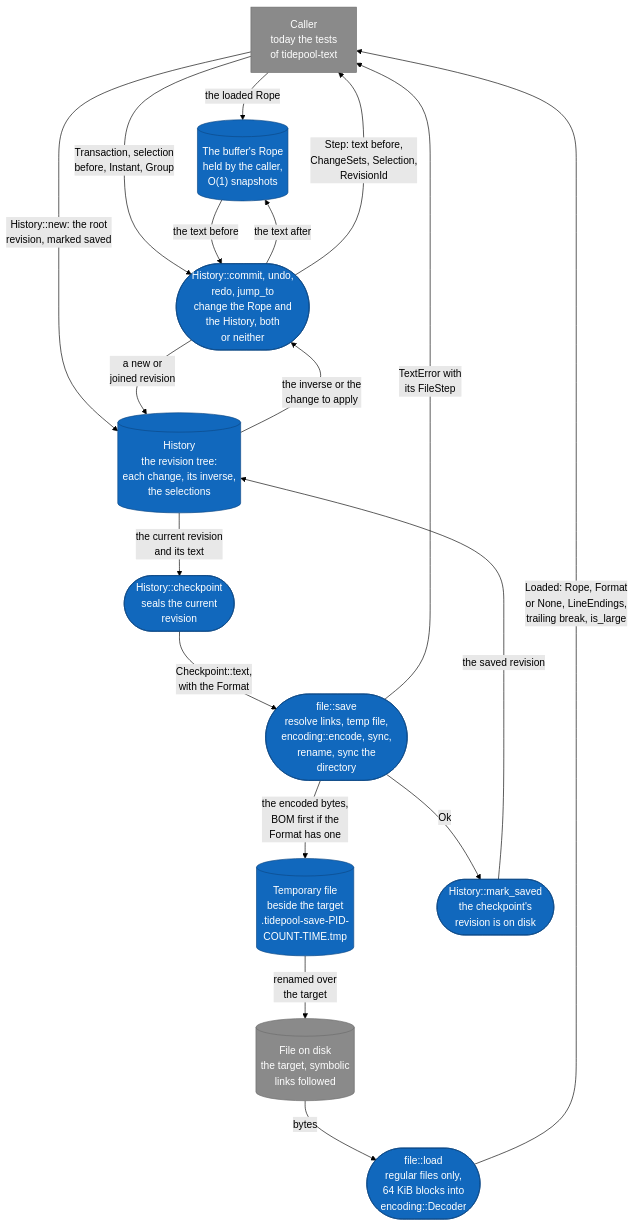
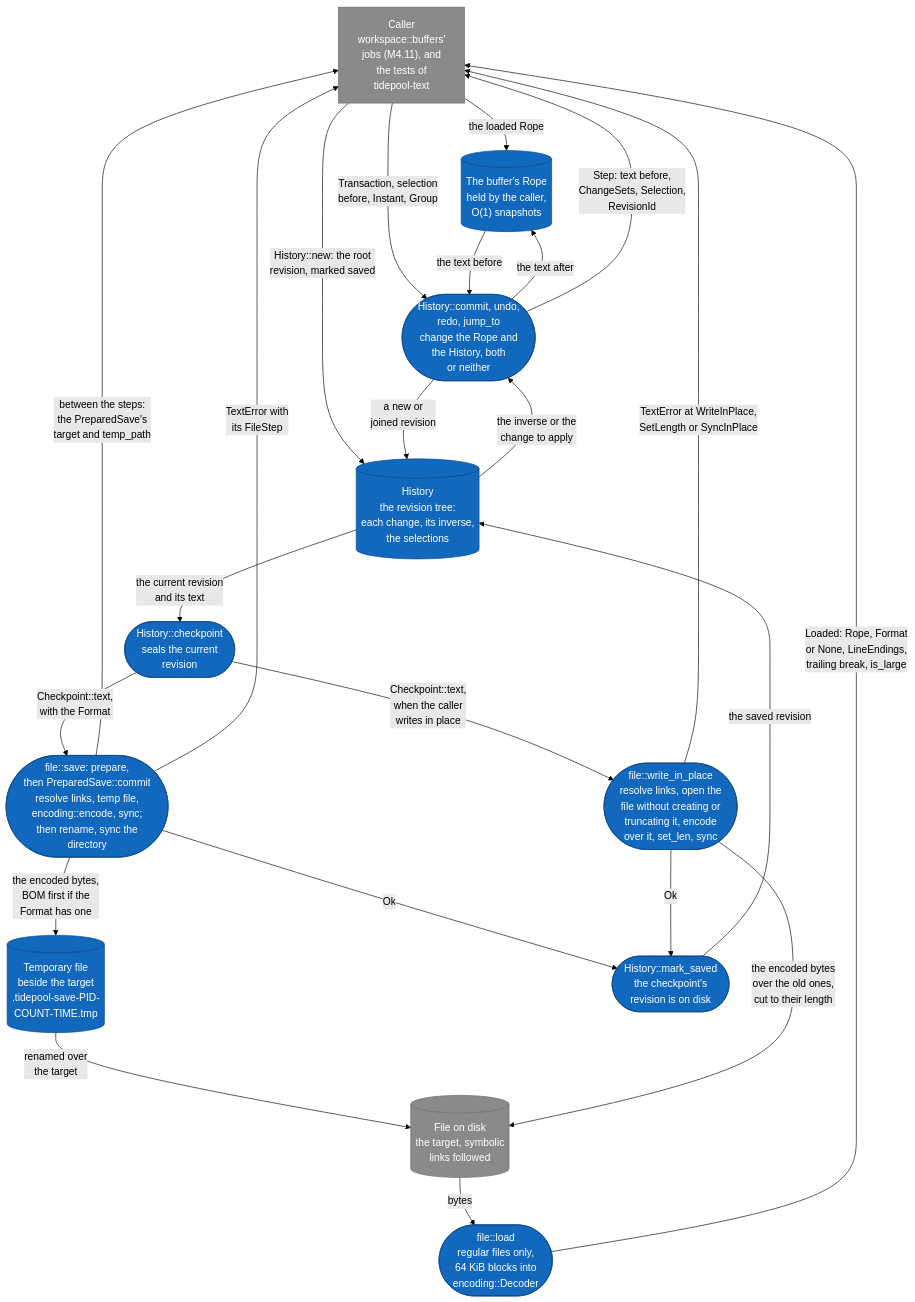
The first of 19 diagrams in diagrams/data-flow-and-state.md (jabbott-iii/Tidepool), drawn with Mermaid (forest theme) before and after one commit. The commit also changed other lines of this file and 50 other files, not shown here.

First line of the commit message:
feat(workspace,text): buffers, file tree and sessions (M4.11, ADR-0069)

````diff
--- a/diagrams/data-flow-and-state.md
+++ b/diagrams/data-flow-and-state.md
@@ -47,40 +49,46 @@
 ```mermaid
 flowchart TB
-    caller["Caller<br/>today the tests<br/>of tidepool-text"]
+    caller["Caller<br/>workspace::buffers'<br/>jobs (M4.11), and<br/>the tests of<br/>tidepool-text"]
     disk[("File on disk<br/>the target, symbolic<br/>links followed")]
     temp[("Temporary file<br/>beside the target<br/>.tidepool-save-PID-<br/>COUNT-TIME.tmp")]
     rope[("The buffer's Rope<br/>held by the caller,<br/>O(1) snapshots")]
     hist[("History<br/>the revision tree:<br/>each change, its inverse,<br/>the selections")]
     load(["file::load<br/>regular files only,<br/>64 KiB blocks into<br/>encoding::Decoder"])
     edit(["History::commit, undo,<br/>redo, jump_to<br/>change the Rope and<br/>the History, both<br/>or neither"])
     ckpt(["History::checkpoint<br/>seals the current<br/>revision"])
-    save(["file::save<br/>resolve links, temp file,<br/>encoding::encode, sync,<br/>rename, sync the<br/>directory"])
+    save(["file::save: prepare,<br/>then PreparedSave::commit<br/>resolve links, temp file,<br/>encoding::encode, sync;<br/>then rename, sync the<br/>directory"])
+    inplace(["file::write_in_place<br/>resolve links, open the<br/>file without creating or<br/>truncating it, encode<br/>over it, set_len, sync"])
     mark(["History::mark_saved<br/>the checkpoint's<br/>revision is on disk"])
 
     disk -->|"bytes"| load
     load -->|"Loaded: Rope, Format<br/>or None, LineEndings,<br/>trailing break, is_large"| caller
     caller -->|"the loaded Rope"| rope
     caller -->|"History::new: the root<br/>revision, marked saved"| hist
     caller -->|"Transaction, selection<br/>before, Instant, Group"| edit
     rope -->|"the text before"| edit
     edit -->|"the text after"| rope
     hist -->|"the inverse or the<br/>change to apply"| edit
     edit -->|"a new or<br/>joined revision"| hist
     edit -->|"Step: text before,<br/>ChangeSets, Selection,<br/>RevisionId"| caller
     hist -->|"the current revision<br/>and its text"| ckpt
     ckpt -->|"Checkpoint::text,<br/>with the Format"| save
     save -->|"the encoded bytes,<br/>BOM first if the<br/>Format has one"| temp
     temp -->|"renamed over<br/>the target"| disk
+    save -->|"between the steps:<br/>the PreparedSave's<br/>target and temp_path"| caller
     save -->|"Ok"| mark
     save -->|"TextError with<br/>its FileStep"| caller
+    ckpt -->|"Checkpoint::text,<br/>when the caller<br/>writes in place"| inplace
+    inplace -->|"the encoded bytes<br/>over the old ones,<br/>cut to their length"| disk
+    inplace -->|"Ok"| mark
+    inplace -->|"TextError at WriteInPlace,<br/>SetLength or SyncInPlace"| caller
     mark -->|"the saved revision"| hist
 
     classDef person fill:#08427b,stroke:#052e56,color:#ffffff
     classDef built fill:#1168bd,stroke:#0b4884,color:#ffffff
     classDef external fill:#8a8a8a,stroke:#6b6b6b,color:#ffffff
     classDef planned fill:#ffffff,stroke:#888888,stroke-dasharray: 5 5,color:#555555
     classDef store fill:#1168bd,stroke:#0b4884,color:#ffffff
     class caller,disk external
     class temp,rope,hist store
-    class load,edit,ckpt,save,mark built
+    class load,edit,ckpt,save,inplace,mark built
 ```
````
